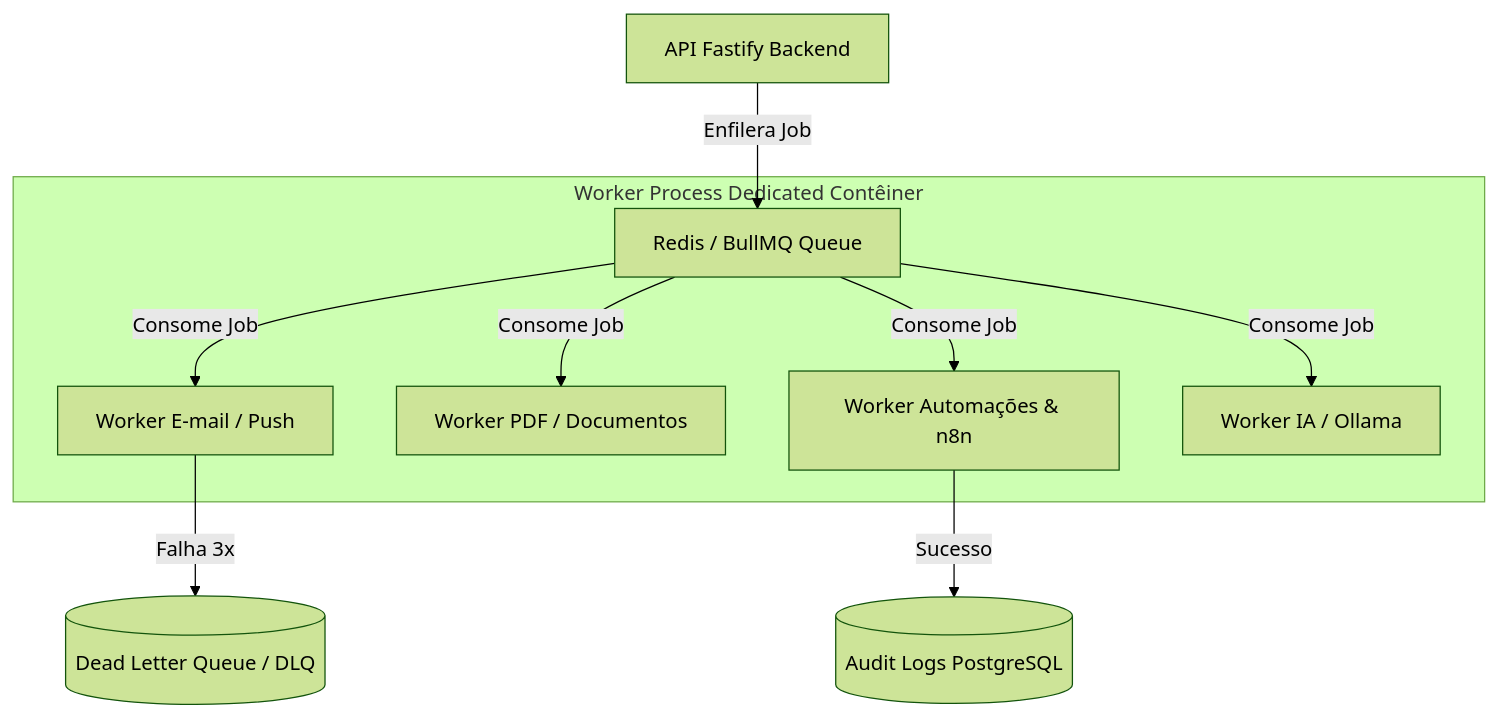
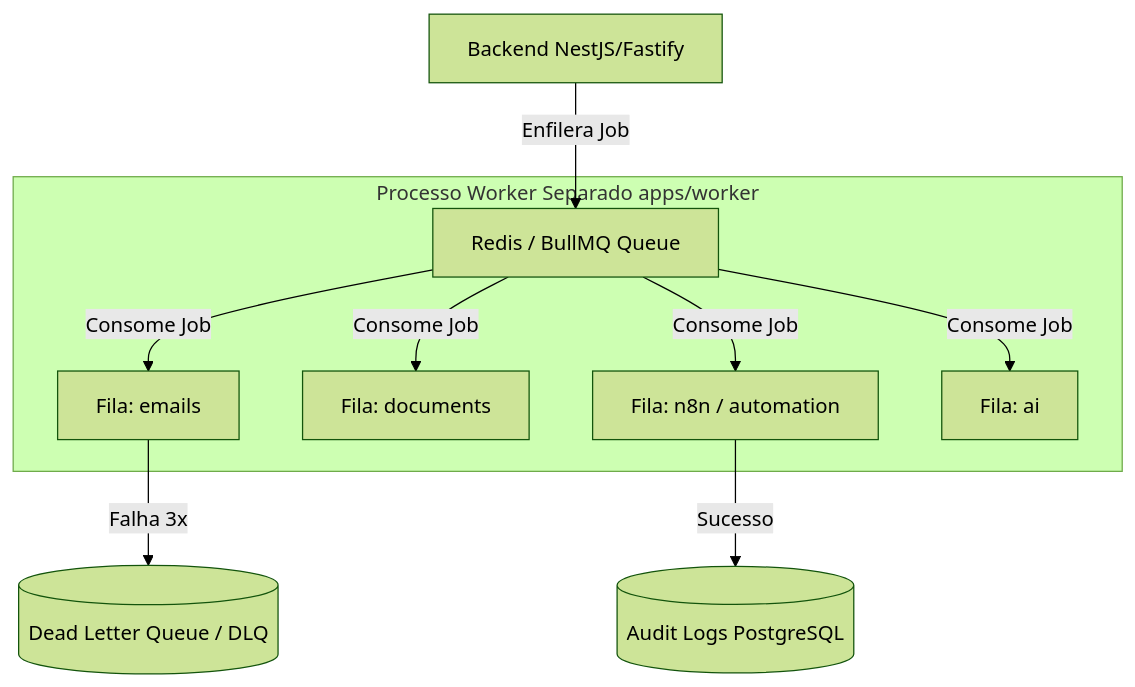
One commit to lyvoxconsult/lyvoxcorp changed the diagram in docs/planejamento/11-CACHE-FILAS-WORKERS-E-JOBS.md. Above: the diagram before and after it, drawn with Mermaid (forest theme). The commit also changed other lines of this file and 28 other files, not shown here.

````diff
--- a/docs/planejamento/11-CACHE-FILAS-WORKERS-E-JOBS.md
+++ b/docs/planejamento/11-CACHE-FILAS-WORKERS-E-JOBS.md
@@ -44,14 +49,14 @@
 ```mermaid
 graph TD
-    API[API Fastify Backend] -->|Enfilera Job| Queue[Redis / BullMQ Queue]
+    API[Backend NestJS/Fastify] -->|Enfilera Job| Queue[Redis / BullMQ Queue]
     
-    subgraph Engine_Workers[Worker Process Dedicated Contêiner]
-        Queue -->|Consome Job| W1[Worker E-mail / Push]
-        Queue -->|Consome Job| W2[Worker PDF / Documentos]
-        Queue -->|Consome Job| W3[Worker Automações & n8n]
-        Queue -->|Consome Job| W4[Worker IA / Ollama]
+    subgraph Engine_Workers[Processo Worker Separado apps/worker]
+        Queue -->|Consome Job| W1[Fila: emails]
+        Queue -->|Consome Job| W2[Fila: documents]
+        Queue -->|Consome Job| W3[Fila: n8n / automation]
+        Queue -->|Consome Job| W4[Fila: ai]
     end
 
     W1 -->|Falha 3x| DLQ[(Dead Letter Queue / DLQ)]
     W3 -->|Sucesso| Log[(Audit Logs PostgreSQL)]
 ```
````
